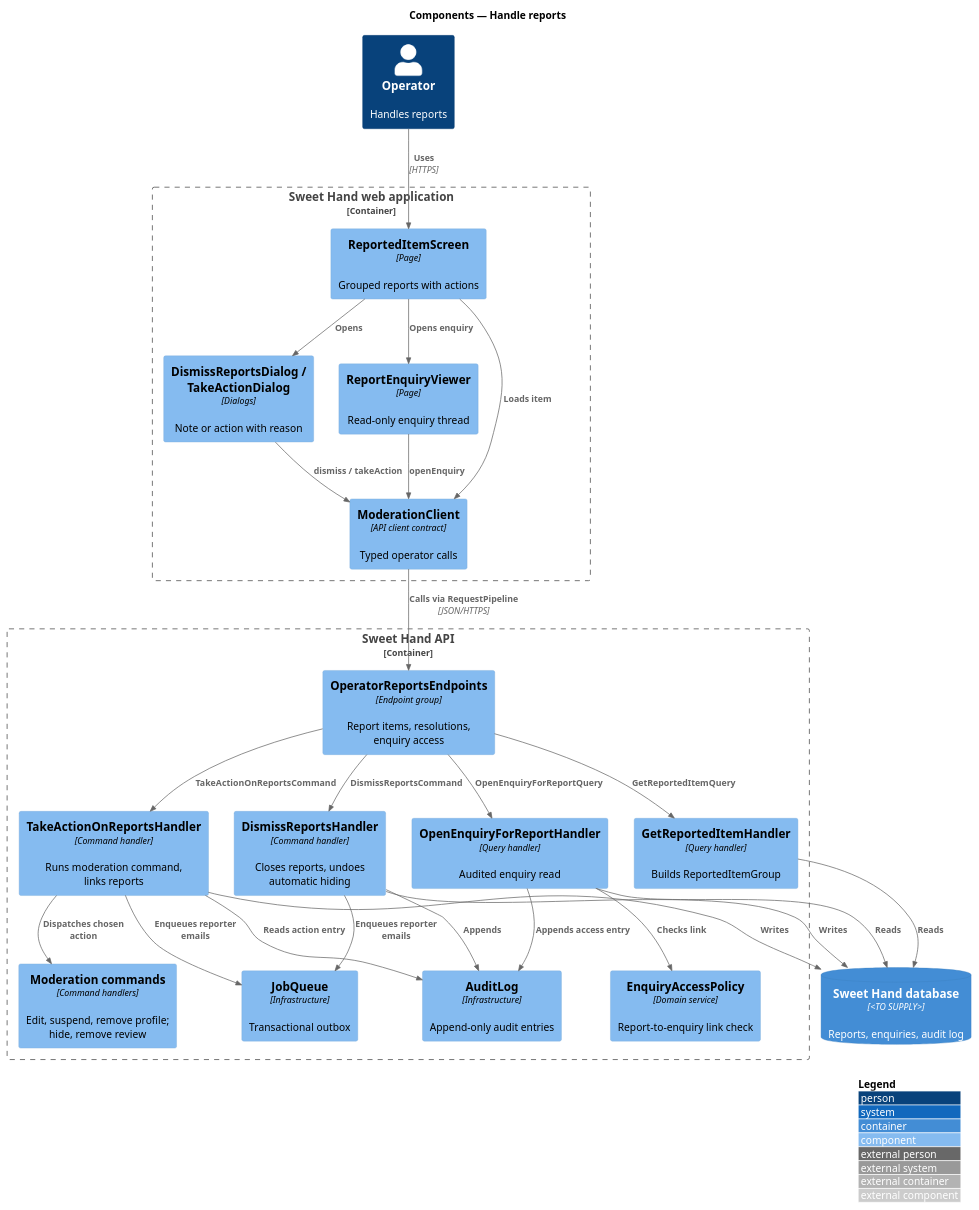
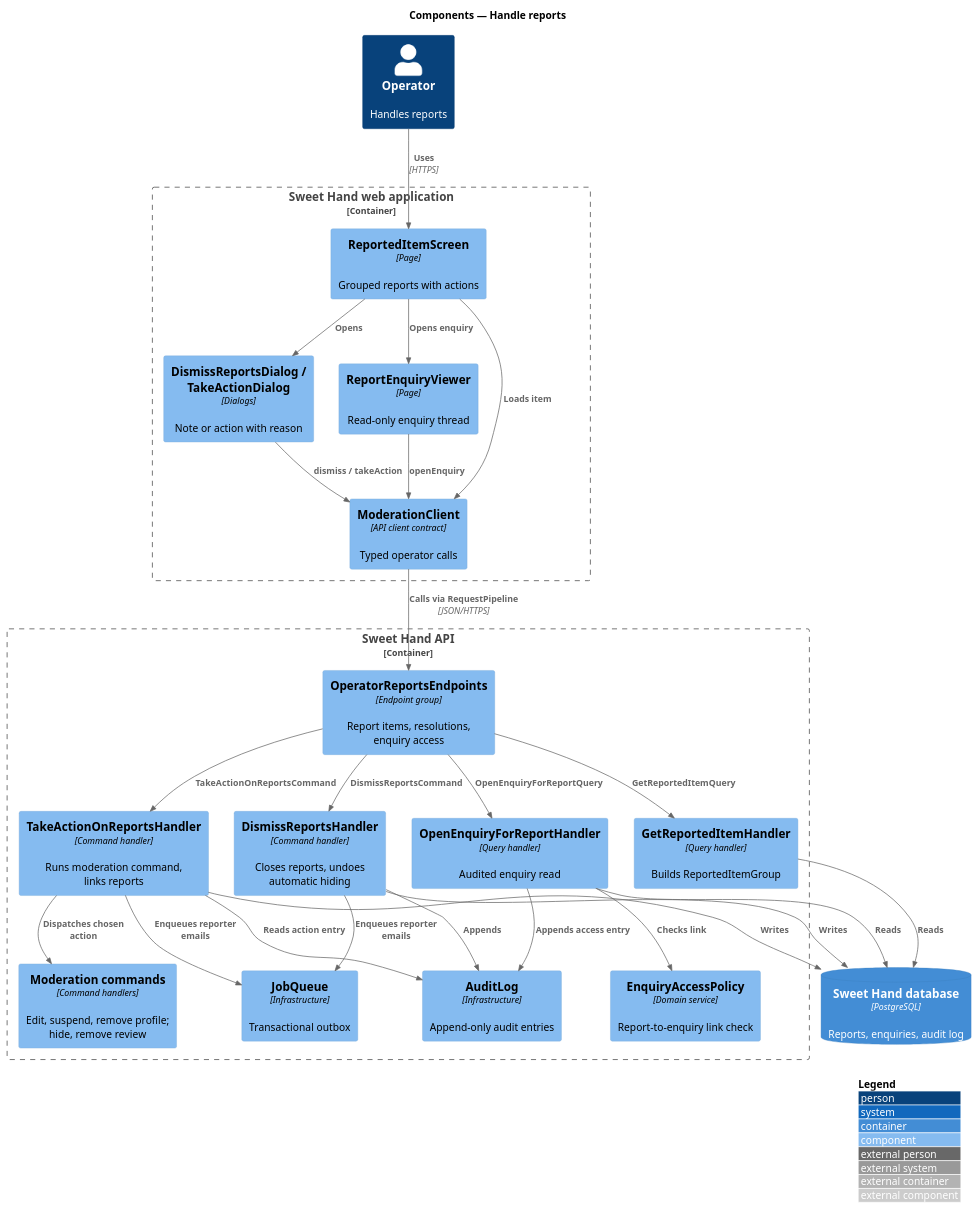
Before and after one commit to QuinntyneBrown/sweet-hand: the diagram in docs/detailed-designs/moderation/handle-reports/diagrams/c4-component.puml, drawn with PlantUML. The commit also changed 44 other files, not shown here.

```diff
--- a/docs/detailed-designs/moderation/handle-reports/diagrams/c4-component.puml
+++ b/docs/detailed-designs/moderation/handle-reports/diagrams/c4-component.puml
@@ -1,48 +1,48 @@
 @startuml
 !include <C4/C4_Component>
 LAYOUT_WITH_LEGEND()
 title Components — Handle reports
 
 Person(operator, "Operator", "Handles reports")
 Container_Boundary(web, "Sweet Hand web application") {
   Component(screen, "ReportedItemScreen", "Page", "Grouped reports with actions")
   Component(dialogs, "DismissReportsDialog / TakeActionDialog", "Dialogs", "Note or action with reason")
   Component(viewer, "ReportEnquiryViewer", "Page", "Read-only enquiry thread")
   Component(client, "ModerationClient", "API client contract", "Typed operator calls")
 }
 Container_Boundary(api, "Sweet Hand API") {
   Component(endpoints, "OperatorReportsEndpoints", "Endpoint group", "Report items, resolutions, enquiry access")
   Component(getH, "GetReportedItemHandler", "Query handler", "Builds ReportedItemGroup")
   Component(dismissH, "DismissReportsHandler", "Command handler", "Closes reports, undoes automatic hiding")
   Component(actionH, "TakeActionOnReportsHandler", "Command handler", "Runs moderation command, links reports")
   Component(modCmds, "Moderation commands", "Command handlers", "Edit, suspend, remove profile; hide, remove review")
   Component(enqH, "OpenEnquiryForReportHandler", "Query handler", "Audited enquiry read")
   Component(policy, "EnquiryAccessPolicy", "Domain service", "Report-to-enquiry link check")
   Component(audit, "AuditLog", "Infrastructure", "Append-only audit entries")
   Component(jobs, "JobQueue", "Infrastructure", "Transactional outbox")
 }
-ContainerDb(db, "Sweet Hand database", "<TO SUPPLY>", "Reports, enquiries, audit log")
+ContainerDb(db, "Sweet Hand database", "PostgreSQL", "Reports, enquiries, audit log")
 
 Rel(operator, screen, "Uses", "HTTPS")
 Rel(screen, dialogs, "Opens")
 Rel(screen, viewer, "Opens enquiry")
 Rel(screen, client, "Loads item")
 Rel(dialogs, client, "dismiss / takeAction")
 Rel(viewer, client, "openEnquiry")
 Rel(client, endpoints, "Calls via RequestPipeline", "JSON/HTTPS")
 Rel(endpoints, getH, "GetReportedItemQuery")
 Rel(endpoints, dismissH, "DismissReportsCommand")
 Rel(endpoints, actionH, "TakeActionOnReportsCommand")
 Rel(endpoints, enqH, "OpenEnquiryForReportQuery")
 Rel(actionH, modCmds, "Dispatches chosen action")
 Rel(enqH, policy, "Checks link")
 Rel(dismissH, audit, "Appends")
 Rel(actionH, audit, "Reads action entry")
 Rel(enqH, audit, "Appends access entry")
 Rel(dismissH, jobs, "Enqueues reporter emails")
 Rel(actionH, jobs, "Enqueues reporter emails")
 Rel(getH, db, "Reads")
 Rel(dismissH, db, "Writes")
 Rel(actionH, db, "Writes")
 Rel(enqH, db, "Reads")
 @enduml
```
